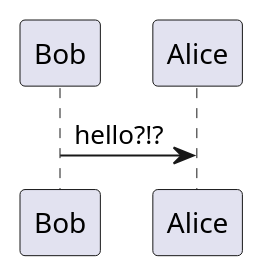
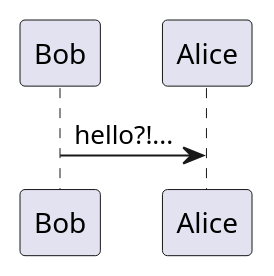
The diagram in input/images-source/startstate.puml (SanteonNL/shared-care-planning), drawn with PlantUML before and after one commit. The commit also changed 4 other files, not shown here.

Commit message:
plantuml workaround

```diff
--- a/input/images-source/startstate.puml
+++ b/input/images-source/startstate.puml
@@ -1,3 +1,3 @@
 @startuml startstate
-Bob -> Alice : hello?!?
+Bob -> Alice : hello?!...
 @enduml
```
